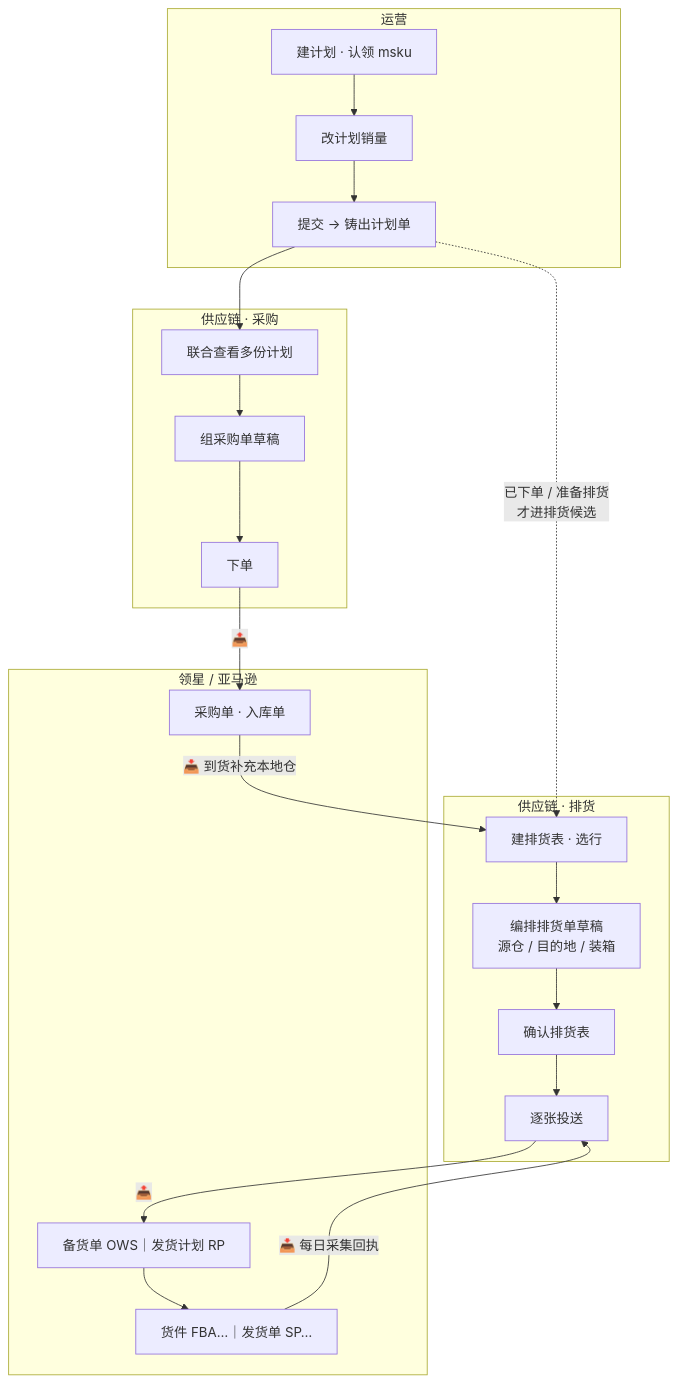
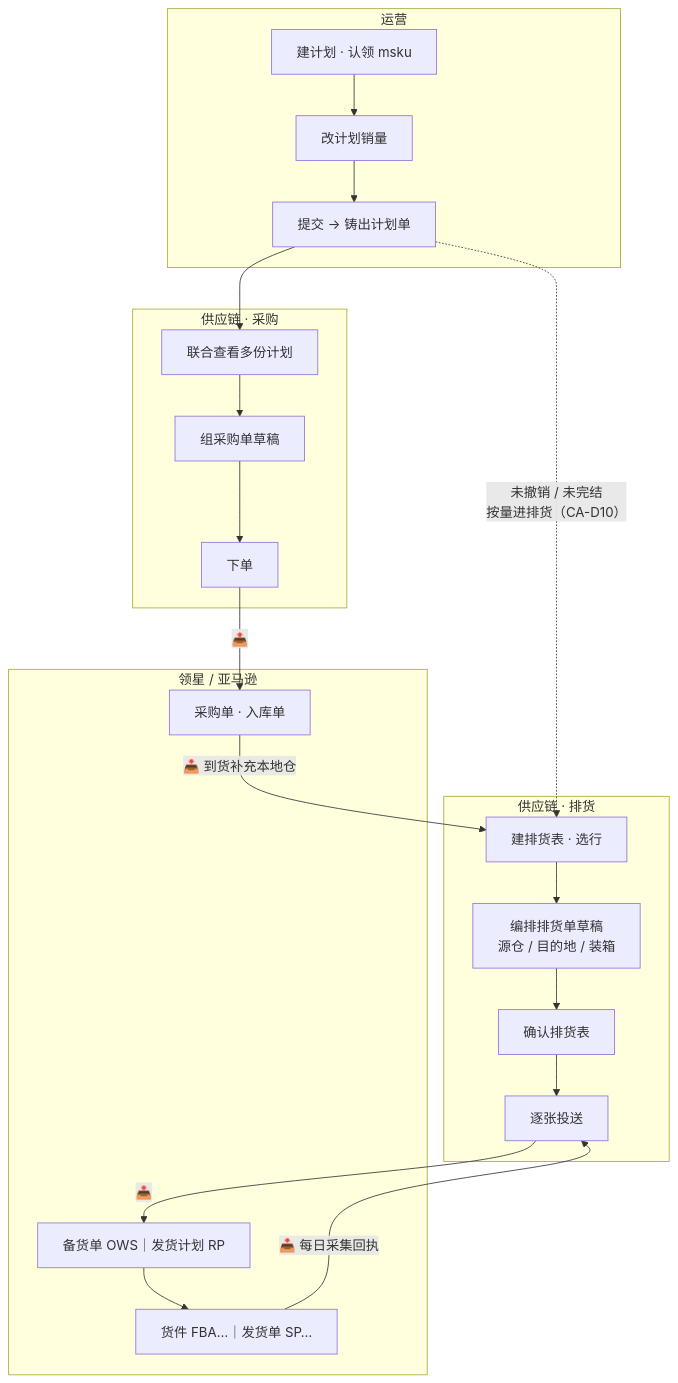
Before and after one commit to DuoWeiTree/service_supplychain: the first of 6 diagrams in docs/06-核心业务流程.md, drawn with Mermaid. The commit also changed other lines of this file and 223 other files, not shown here.

````diff
--- a/docs/06-核心业务流程.md
+++ b/docs/06-核心业务流程.md
@@ -33,32 +33,32 @@
 ```mermaid
 flowchart TD
   subgraph OP["运营"]
     A1["建计划 · 认领 msku"]
     A2["改计划销量"]
     A3["提交 → 铸出计划单"]
   end
   subgraph PU["供应链 · 采购"]
     B1["联合查看多份计划"]
     B2["组采购单草稿"]
     B3["下单"]
   end
   subgraph DP["供应链 · 排货"]
     C1["建排货表 · 选行"]
     C2["编排排货单草稿<br/>源仓 / 目的地 / 装箱"]
     C3["确认排货表"]
     C4["逐张投送"]
   end
   subgraph EXT["领星 / 亚马逊"]
     D1["采购单 · 入库单"]
     D2["备货单 OWS｜发货计划 RP"]
     D3["货件 FBA…｜发货单 SP…"]
   end
 
   A1 --> A2 --> A3 --> B1 --> B2 --> B3
   B3 -->|"📤"| D1
   D1 -->|"📥 到货补充本地仓"| C1
-  A3 -.->|"已下单 / 准备排货<br/>才进排货候选"| C1
+  A3 -.->|"未撤销 / 未完结<br/>按量进排货（CA-D10）"| C1
   C1 --> C2 --> C3 --> C4
   C4 -->|"📤"| D2 --> D3
   D3 -->|"📥 每日采集回执"| C4
 ```
````
